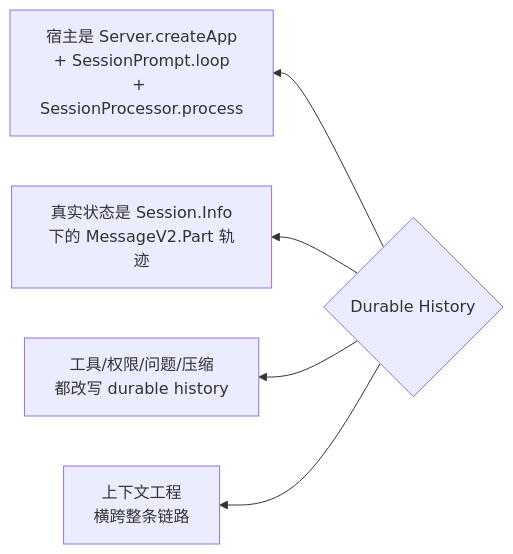
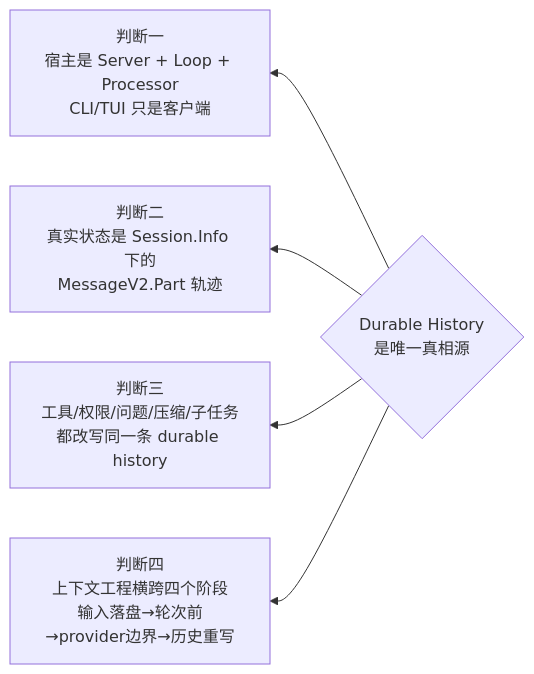
Before and after one commit to feuyeux/agent-study: the second of 4 diagrams in opencode_kickoff/00-opencode_ko.md, drawn with Mermaid. The commit also changed other lines of this file and 21 other files, not shown here.

````diff
--- a/opencode_kickoff/00-opencode_ko.md
+++ b/opencode_kickoff/00-opencode_ko.md
@@ -27,12 +207,12 @@
 ```mermaid
 graph RL
-    Core{Durable History} --> A1
-    Core --> A2
-    Core --> A3
-    Core --> A4
+    Core{Durable History<br/>是唯一真相源} --> J1
+    Core --> J2
+    Core --> J3
+    Core --> J4
 
-    A1[宿主是 Server.createApp<br/>+ SessionPrompt.loop<br/>+ SessionProcessor.process]
-    A2[真实状态是 Session.Info<br/>下的 MessageV2.Part 轨迹]
-    A3[工具/权限/问题/压缩<br/>都改写 durable history]
-    A4[上下文工程<br/>横跨整条链路]
+    J1["判断一<br/>宿主是 Server + Loop + Processor<br/>CLI/TUI 只是客户端"]
+    J2["判断二<br/>真实状态是 Session.Info 下的<br/>MessageV2.Part 轨迹"]
+    J3["判断三<br/>工具/权限/问题/压缩/子任务<br/>都改写同一条 durable history"]
+    J4["判断四<br/>上下文工程横跨四个阶段<br/>输入落盘→轮次前→provider边界→历史重写"]
 ```
````
